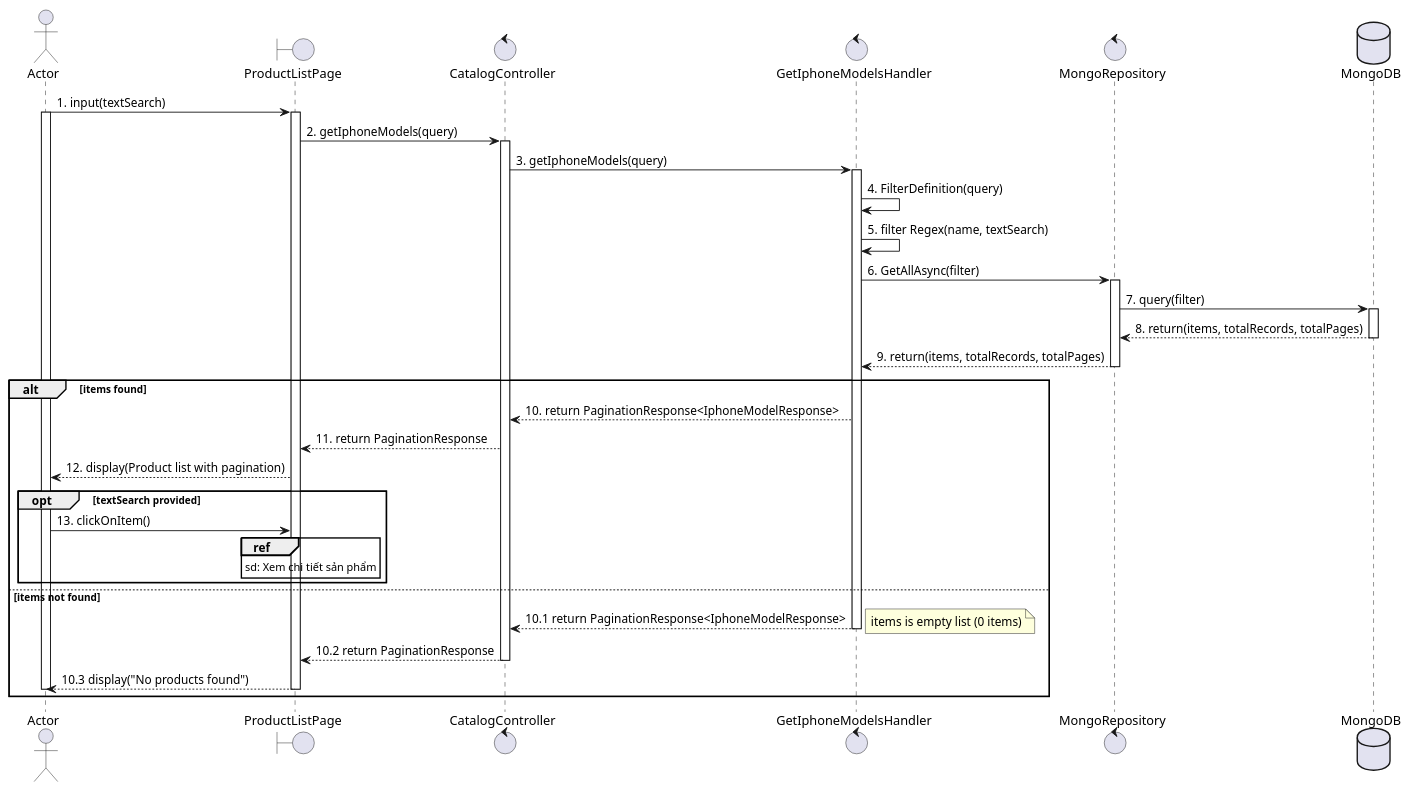
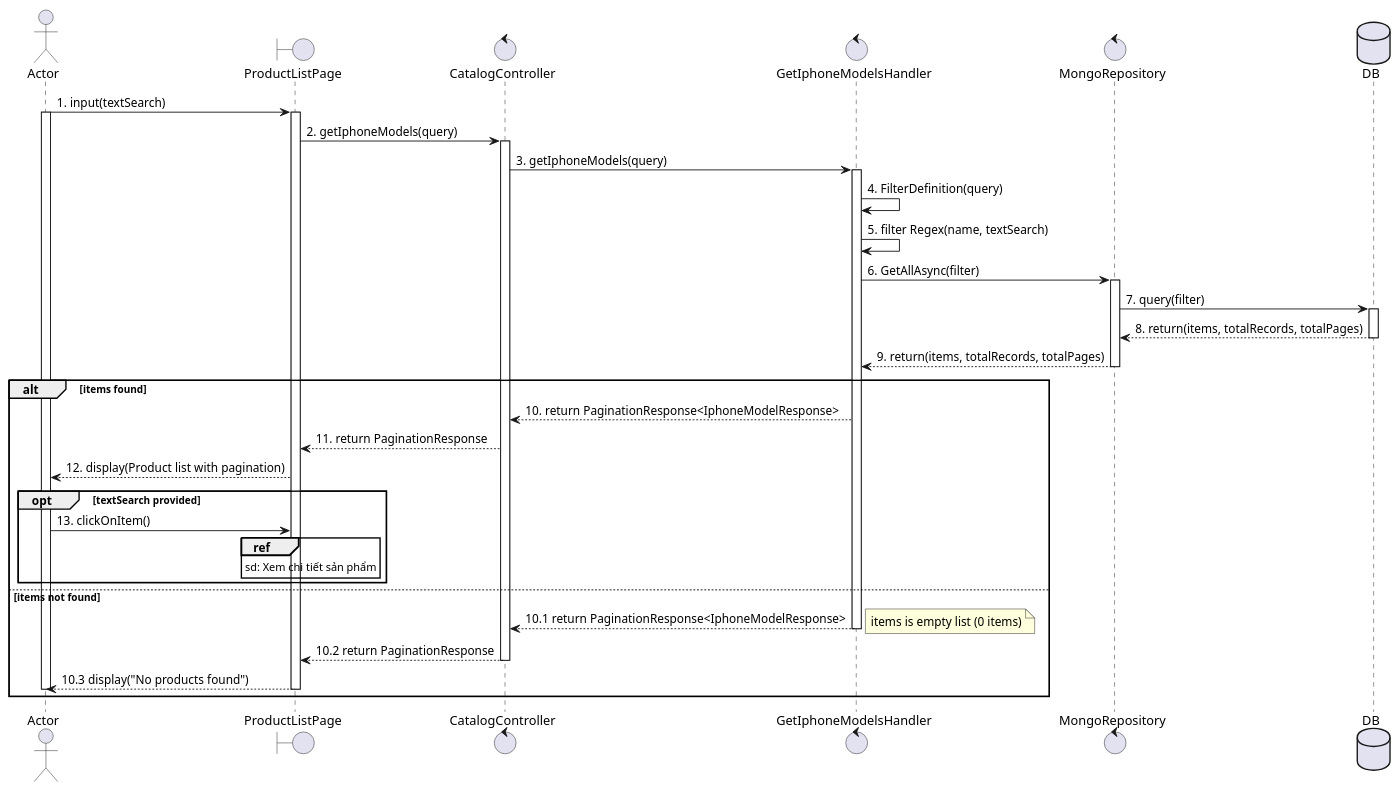
The diagram in docs/usecases/UC8_search-product.plantuml (Young-Z-Generation-YZG/your-comfort-my-apple), drawn with PlantUML before and after one commit. The commit also changed 4 other files, not shown here.

```diff
--- a/docs/usecases/UC8_search-product.plantuml
+++ b/docs/usecases/UC8_search-product.plantuml
@@ -1,52 +1,52 @@
 @startuml UC8_search-product
 actor Actor
 boundary ProductListPage
 control CatalogController
 control GetIphoneModelsHandler
 control MongoRepository
-database MongoDB
+database DB
 
 Actor -> ProductListPage: 1. input(textSearch)
 activate Actor
 activate ProductListPage
 
 ProductListPage -> CatalogController: 2. getIphoneModels(query)
 activate CatalogController
 
 CatalogController -> GetIphoneModelsHandler: 3. getIphoneModels(query)
 activate GetIphoneModelsHandler
 
 GetIphoneModelsHandler -> GetIphoneModelsHandler: 4. FilterDefinition(query)
 
 GetIphoneModelsHandler -> GetIphoneModelsHandler: 5. filter Regex(name, textSearch)
 
 GetIphoneModelsHandler -> MongoRepository: 6. GetAllAsync(filter)
 activate MongoRepository
-MongoRepository -> MongoDB: 7. query(filter)
-activate MongoDB
-MongoDB --> MongoRepository: 8. return(items, totalRecords, totalPages)
-deactivate MongoDB
+MongoRepository -> DB: 7. query(filter)
+activate DB
+DB --> MongoRepository: 8. return(items, totalRecords, totalPages)
+deactivate DB
 MongoRepository --> GetIphoneModelsHandler: 9. return(items, totalRecords, totalPages)
 deactivate MongoRepository
 
 alt items found
     GetIphoneModelsHandler --> CatalogController: 10. return PaginationResponse<IphoneModelResponse>
     CatalogController --> ProductListPage: 11. return PaginationResponse
     ProductListPage --> Actor: 12. display(Product list with pagination)
     opt textSearch provided
         Actor -> ProductListPage: 13. clickOnItem()
         ref over ProductListPage: sd: Xem chi tiết sản phẩm
     end
 else items not found
     GetIphoneModelsHandler --> CatalogController: 10.1 return PaginationResponse<IphoneModelResponse>
     deactivate GetIphoneModelsHandler
     note right
         items is empty list (0 items)
     end note
     CatalogController --> ProductListPage: 10.2 return PaginationResponse
     deactivate CatalogController
     ProductListPage --> Actor: 10.3 display("No products found")
     deactivate ProductListPage
     deactivate Actor
 end
 @enduml
```
